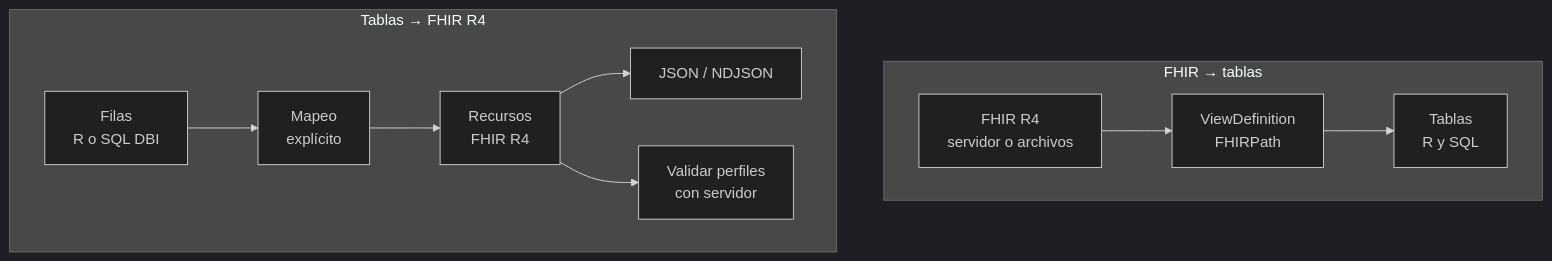
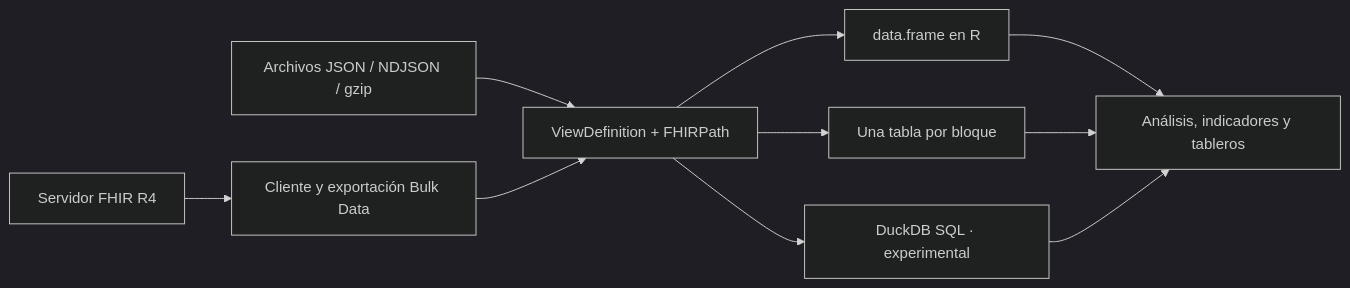
One commit to f-slg/fhirviews changed the first of 9 diagrams in index.md. Above: the diagram before and after it, drawn with Mermaid (dark theme). The commit also changed other lines of this file and 75 other files, not shown here.

````diff
--- a/index.md
+++ b/index.md
@@ -36,17 +85,12 @@
 ``` mermaid
-flowchart TB
-    accTitle: Recorridos de fhirviews con FHIR R4
-    accDescr: Una vista extrae tablas de recursos FHIR. Otro recorrido construye recursos R4 desde filas mediante un mapeo explicito, conserva decimales y permite validar perfiles.
-    subgraph LECTURA["FHIR → tablas"]
-        direction LR
-        FHIR["FHIR R4<br/>servidor o archivos"] --> VIEW["ViewDefinition<br/>FHIRPath"]
-        VIEW --> TABLE["Tablas<br/>R y SQL"]
-    end
-    subgraph CONSTRUCCION["Tablas → FHIR R4"]
-        direction LR
-        ROWS["Filas<br/>R o SQL DBI"] --> MAP["Mapeo<br/>explícito"]
-        MAP --> R4["Recursos<br/>FHIR R4"]
-        R4 --> OUT["JSON / NDJSON"]
-        R4 --> PROFILE["Validar perfiles<br/>con servidor"]
-    end
+flowchart LR
+    A["Archivos JSON / NDJSON / gzip"] --> V["ViewDefinition + FHIRPath"]
+    B["Servidor FHIR R4"] --> C["Cliente y exportación Bulk Data"]
+    C --> V
+    V --> D["data.frame en R"]
+    V --> E["Una tabla por bloque"]
+    V --> F["DuckDB SQL · experimental"]
+    D --> G["Análisis, indicadores y tableros"]
+    E --> G
+    F --> G
 ```
````
